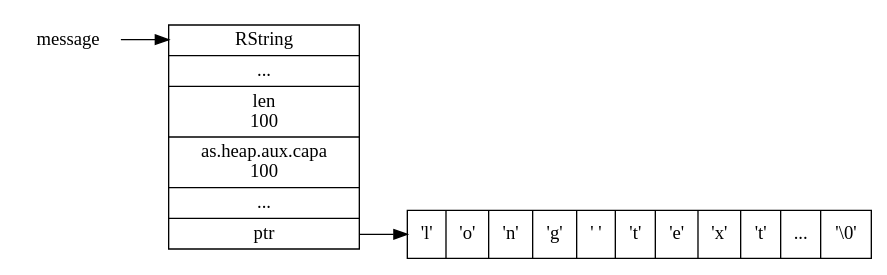
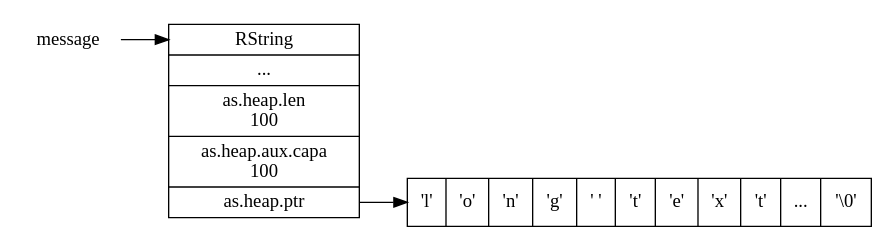
Before and after one commit to huangzworks/note: the first of 2 diagrams in language/mruby-code-analysis/string.rst, drawn with Graphviz. The commit also changed other lines of this file, not shown here.

Commit message:
修正图片里面的属性名

```diff
--- a/language/mruby-code-analysis/string.rst
+++ b/language/mruby-code-analysis/string.rst
@@ -286,21 +286,21 @@
 .. graphviz::
 
     digraph {
 
         rankdir = LR;
 
         node [shape = plaintext]
 
         message;
 
         node [shape = record]
 
-        RString [label = " <head> RString | ... | len \n 100 | as.heap.aux.capa \n 100  | ... | <ptr> ptr "];
+        RString [label = " <head> RString | ... | as.heap.len \n 100 | as.heap.aux.capa \n 100 | <ptr> as.heap.ptr "];
 
         buffer [label = " { 'l' | 'o' | 'n' | 'g' | ' ' | 't' | 'e' | 'x' | 't' | ... | '\\0' } "];
 
         //
 
         message -> RString:head;
         RString:ptr -> buffer;
     }
```
